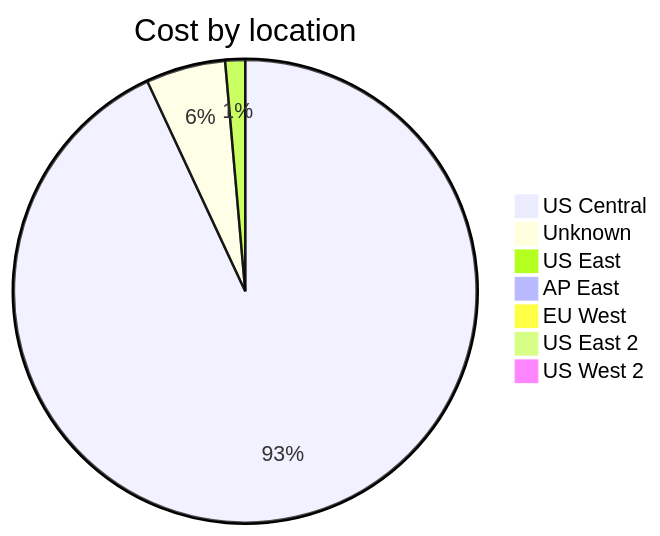
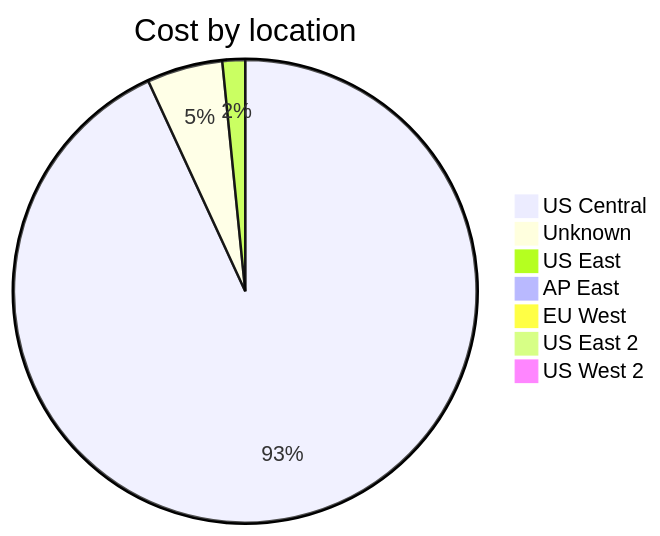
One commit to jpfulton/azure-personal-reports changed the third of 4 diagrams in cost-reports/accumulated-cost.md. Above: the diagram before and after it, drawn with Mermaid. The commit also changed other lines of this file and 4 other files, not shown here.

````diff
--- a/cost-reports/accumulated-cost.md
+++ b/cost-reports/accumulated-cost.md
@@ -119,11 +119,11 @@
 ```mermaid
 pie
    title Cost by location
-   "US Central" : 1.34
-   "Unknown" : 0.08
-   "US East" : 0.02
+   "US Central" : 1.76
+   "Unknown" : 0.10
+   "US East" : 0.03
    "AP East" : 0.00
    "EU West" : 0.00
    "US East 2" : 0.00
    "US West 2" : 0.00
 ```
````
